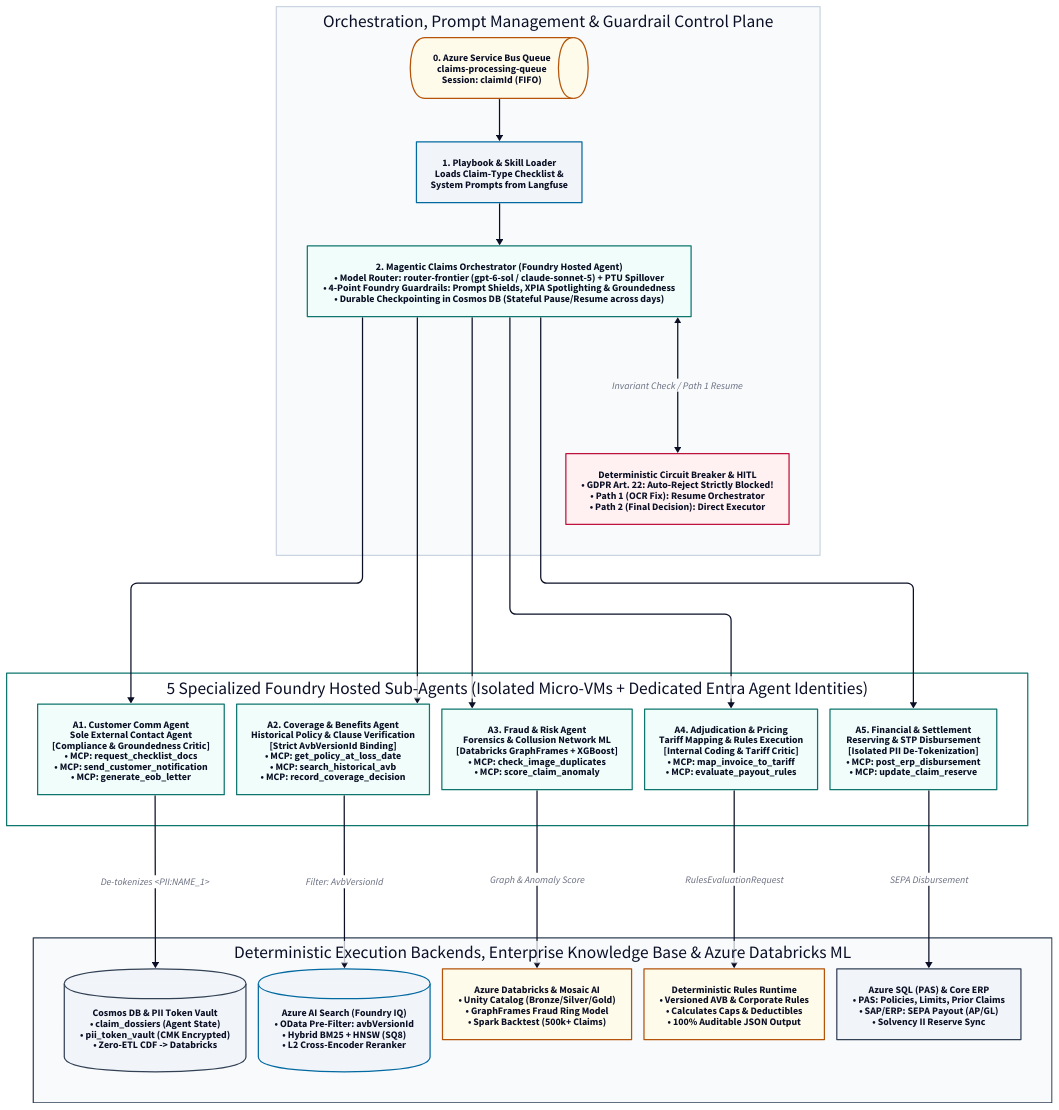
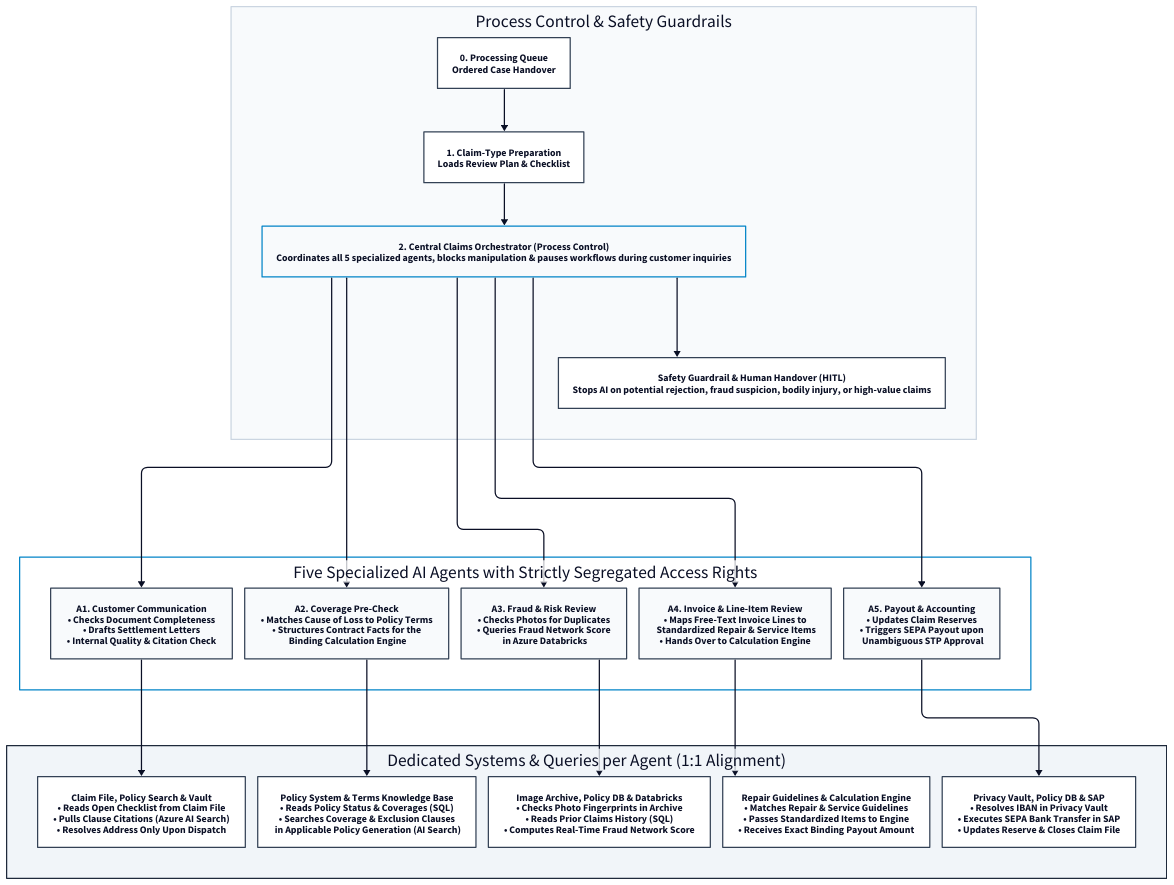
Before and after one commit to Jannis997/InsuranceAgenticClaimsProcessing: the diagram in diagrams/multi-agent-system-en.d2, drawn with D2. The commit also changed 16 other files, not shown here.

```diff
--- a/diagrams/multi-agent-system-en.d2
+++ b/diagrams/multi-agent-system-en.d2
@@ -1,102 +1,46 @@
-# D2 Diagram 2 (English): Multi-Agent System Deep-Dive (Paste into https://play.d2lang.com)
+# Multi-Agent System Overview - English (Paste into https://play.d2lang.com)
 direction: down
 
 vars: {
   d2-config: {
     layout-engine: elk
     theme-id: 1
   }
 }
 
-control_plane: "Orchestration, Prompt Management & Guardrail Control Plane" {
+control: "Process Control & Safety Guardrails" {
   style.fill: "#f8fafc"
   style.stroke: "#cbd5e1"
-
-  queue: "0. Azure Service Bus Queue\nclaims-processing-queue\nSession: claimId (FIFO)" {
-    shape: queue
-    style.fill: "#fffbeb"
-    style.stroke: "#b45309"
-  }
-  loader: "1. Playbook & Skill Loader\nLoads Claim-Type Checklist &\nSystem Prompts from Langfuse" {
-    style.fill: "#f1f5f9"
-    style.stroke: "#0369a1"
-  }
-  orchestrator: "2. Magentic Claims Orchestrator (Foundry Hosted Agent)\n• Model Router: router-frontier (gpt-6-sol / claude-sonnet-5) + PTU Spillover\n• 4-Point Foundry Guardrails: Prompt Shields, XPIA Spotlighting & Groundedness\n• Durable Checkpointing in Cosmos DB (Stateful Pause/Resume across days)" {
-    style.fill: "#f0fdfa"
-    style.stroke: "#0f766e"
-    style.bold: true
-  }
-  circuit_breaker: "Deterministic Circuit Breaker & HITL\n• GDPR Art. 22: Auto-Reject Strictly Blocked!\n• Path 1 (OCR Fix): Resume Orchestrator\n• Path 2 (Final Decision): Direct Executor" {
-    style.fill: "#fff1f2"
-    style.stroke: "#be123c"
-  }
-
+  queue: "0. Processing Queue\nOrdered Case Handover" { style.fill: "#ffffff"; style.stroke: "#334155" }
+  loader: "1. Claim-Type Preparation\nLoads Review Plan & Checklist" { style.fill: "#ffffff"; style.stroke: "#334155" }
+  orchestrator: "2. Central Claims Orchestrator (Process Control)\nCoordinates all 5 specialized agents, blocks manipulation & pauses workflows during customer inquiries" { style.fill: "#f8fafc"; style.stroke: "#0284c7"; style.bold: true }
+  breaker: "Safety Guardrail & Human Handover (HITL)\nStops AI on potential rejection, fraud suspicion, bodily injury, or high-value claims" { style.fill: "#ffffff"; style.stroke: "#334155" }
   queue -> loader -> orchestrator
-  orchestrator <-> circuit_breaker: "Invariant Check / Path 1 Resume"
+  orchestrator -> breaker
 }
 
-agents: "5 Specialized Foundry Hosted Sub-Agents (Isolated Micro-VMs + Dedicated Entra Agent Identities)" {
+agents: "Five Specialized AI Agents with Strictly Segregated Access Rights" {
   style.fill: "#ffffff"
-  style.stroke: "#0f766e"
-
-  customer: "A1. Customer Comm Agent\nSole External Contact Agent\n[Compliance & Groundedness Critic]\n• MCP: request_checklist_docs\n• MCP: send_customer_notification\n• MCP: generate_eob_letter" {
-    style.fill: "#f0fdfa"
-    style.stroke: "#0f766e"
-  }
-  coverage: "A2. Coverage & Benefits Agent\nHistorical Policy & Clause Verification\n[Strict AvbVersionId Binding]\n• MCP: get_policy_at_loss_date\n• MCP: search_historical_avb\n• MCP: record_coverage_decision" {
-    style.fill: "#f0fdfa"
-    style.stroke: "#0f766e"
-  }
-  fraud: "A3. Fraud & Risk Agent\nForensics & Collusion Network ML\n[Databricks GraphFrames + XGBoost]\n• MCP: check_image_duplicates\n• MCP: score_claim_anomaly" {
-    style.fill: "#f0fdfa"
-    style.stroke: "#0f766e"
-  }
-  adjudication: "A4. Adjudication & Pricing\nTariff Mapping & Rules Execution\n[Internal Coding & Tariff Critic]\n• MCP: map_invoice_to_tariff\n• MCP: evaluate_payout_rules" {
-    style.fill: "#f0fdfa"
-    style.stroke: "#0f766e"
-  }
-  financial: "A5. Financial & Settlement\nReserving & STP Disbursement\n[Isolated PII De-Tokenization]\n• MCP: post_erp_disbursement\n• MCP: update_claim_reserve" {
-    style.fill: "#f0fdfa"
-    style.stroke: "#0f766e"
-  }
+  style.stroke: "#0284c7"
+  a1: "A1. Customer Communication\n• Checks Document Completeness\n• Drafts Settlement Letters\n• Internal Quality & Citation Check" { style.fill: "#f8fafc"; style.stroke: "#334155" }
+  a2: "A2. Coverage Pre-Check\n• Matches Cause of Loss to Policy Terms\n• Structures Contract Facts for the\n  Binding Calculation Engine" { style.fill: "#f8fafc"; style.stroke: "#334155" }
+  a3: "A3. Fraud & Risk Review\n• Checks Photos for Duplicates\n• Queries Fraud Network Score\n  in Azure Databricks" { style.fill: "#f8fafc"; style.stroke: "#334155" }
+  a4: "A4. Invoice & Line-Item Review\n• Maps Free-Text Invoice Lines to\n  Standardized Repair & Service Items\n• Hands Over to Calculation Engine" { style.fill: "#f8fafc"; style.stroke: "#334155" }
+  a5: "A5. Payout & Accounting\n• Updates Claim Reserves\n• Triggers SEPA Payout upon\n  Unambiguous STP Approval" { style.fill: "#f8fafc"; style.stroke: "#334155" }
 }
 
-backends: "Deterministic Execution Backends, Enterprise Knowledge Base & Azure Databricks ML" {
-  style.fill: "#f8fafc"
-  style.stroke: "#334155"
-
-  cosmos_pii: "Cosmos DB & PII Token Vault\n• claim_dossiers (Agent State)\n• pii_token_vault (CMK Encrypted)\n• Zero-ETL CDF -> Databricks" {
-    shape: cylinder
-    style.fill: "#f1f5f9"
-    style.stroke: "#334155"
-  }
-  ai_search: "Azure AI Search (Foundry IQ)\n• OData Pre-Filter: avbVersionId\n• Hybrid BM25 + HNSW (SQ8)\n• L2 Cross-Encoder Reranker" {
-    shape: cylinder
-    style.fill: "#f1f5f9"
-    style.stroke: "#0369a1"
-  }
-  databricks_ml: "Azure Databricks & Mosaic AI\n• Unity Catalog (Bronze/Silver/Gold)\n• GraphFrames Fraud Ring Model\n• Spark Backtest (500k+ Claims)" {
-    style.fill: "#fffbeb"
-    style.stroke: "#b45309"
-  }
-  rules_runtime: "Deterministic Rules Runtime\n• Versioned AVB & Corporate Rules\n• Calculates Caps & Deductibles\n• 100% Auditable JSON Output" {
-    style.fill: "#fffbeb"
-    style.stroke: "#b45309"
-  }
-  pas_erp: "Azure SQL (PAS) & Core ERP\n• PAS: Policies, Limits, Prior Claims\n• SAP/ERP: SEPA Payout (AP/GL)\n• Solvency II Reserve Sync" {
-    style.fill: "#f1f5f9"
-    style.stroke: "#334155"
-  }
+backends: "Dedicated Systems & Queries per Agent (1:1 Alignment)" {
+  style.fill: "#f1f5f9"
+  style.stroke: "#1e293b"
+  b1: "Claim File, Policy Search & Vault\n• Reads Open Checklist from Claim File\n• Pulls Clause Citations (Azure AI Search)\n• Resolves Address Only Upon Dispatch" { style.fill: "#ffffff"; style.stroke: "#334155" }
+  b2: "Policy System & Terms Knowledge Base\n• Reads Policy Status & Coverages (SQL)\n• Searches Coverage & Exclusion Clauses\n  in Applicable Policy Generation (AI Search)" { style.fill: "#ffffff"; style.stroke: "#334155" }
+  b3: "Image Archive, Policy DB & Databricks\n• Checks Photo Fingerprints in Archive\n• Reads Prior Claims History (SQL)\n• Computes Real-Time Fraud Network Score" { style.fill: "#ffffff"; style.stroke: "#334155" }
+  b4: "Repair Guidelines & Calculation Engine\n• Matches Repair & Service Guidelines\n• Passes Standardized Items to Engine\n• Receives Exact Binding Payout Amount" { style.fill: "#ffffff"; style.stroke: "#334155" }
+  b5: "Privacy Vault, Policy DB & SAP\n• Resolves IBAN in Privacy Vault\n• Executes SEPA Bank Transfer in SAP\n• Updates Reserve & Closes Claim File" { style.fill: "#ffffff"; style.stroke: "#334155" }
 }
 
-control_plane.orchestrator -> agents.customer
-control_plane.orchestrator -> agents.coverage
-control_plane.orchestrator -> agents.fraud
-control_plane.orchestrator -> agents.adjudication
-control_plane.orchestrator -> agents.financial
-
-agents.customer -> backends.cosmos_pii: "De-tokenizes <PII:NAME_1>"
-agents.coverage -> backends.ai_search: "Filter: AvbVersionId"
-agents.fraud -> backends.databricks_ml: "Graph & Anomaly Score"
-agents.adjudication -> backends.rules_runtime: "RulesEvaluationRequest"
-agents.financial -> backends.pas_erp: "SEPA Disbursement"
+control.orchestrator -> agents.a1 -> backends.b1
+control.orchestrator -> agents.a2 -> backends.b2
+control.orchestrator -> agents.a3 -> backends.b3
+control.orchestrator -> agents.a4 -> backends.b4
+control.orchestrator -> agents.a5 -> backends.b5
```
